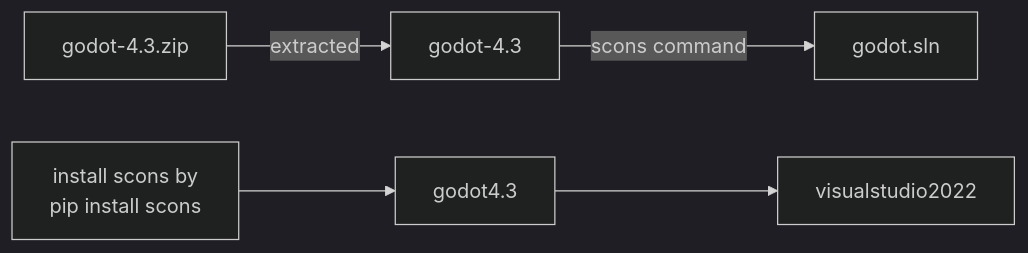
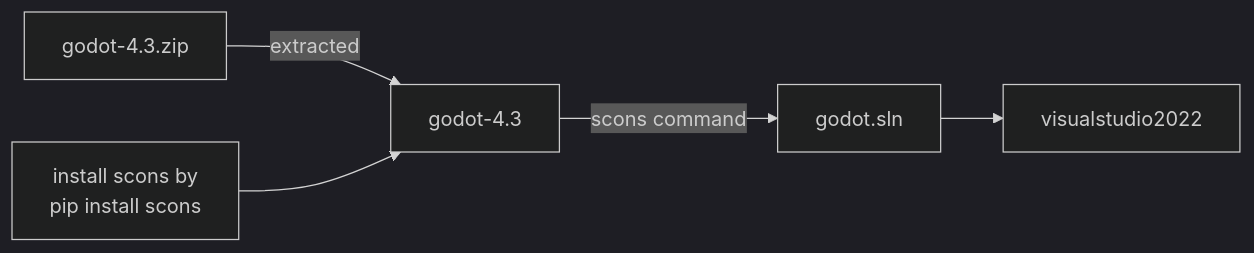
The diagram in README.md (jamad/Pixelorama), drawn with Mermaid (dark theme) before and after one commit.

````diff
--- a/README.md
+++ b/README.md
@@ -31,8 +31,8 @@
 ```mermaid
 
 graph LR
 
-godot-4.3.zip -- extracted --> godot-4.3 -- scons command -->  godot.sln
-scons["install scons by <br>pip install scons"] --> godot4.3 --> visualstudio2022 
+godot-4.3.zip -- extracted --> godot-4.3 -- scons command -->  godot.sln --> visualstudio2022 
+scons["install scons by <br>pip install scons"] --> godot-4.3 
 
 ```
````
